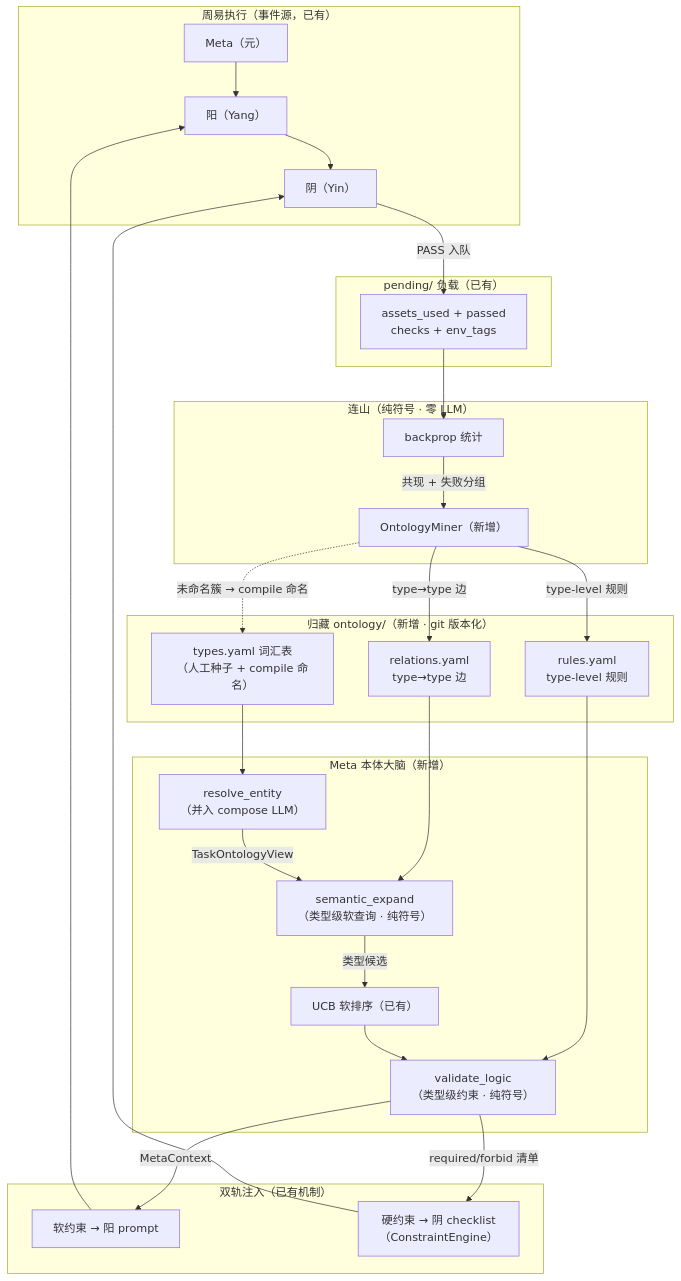
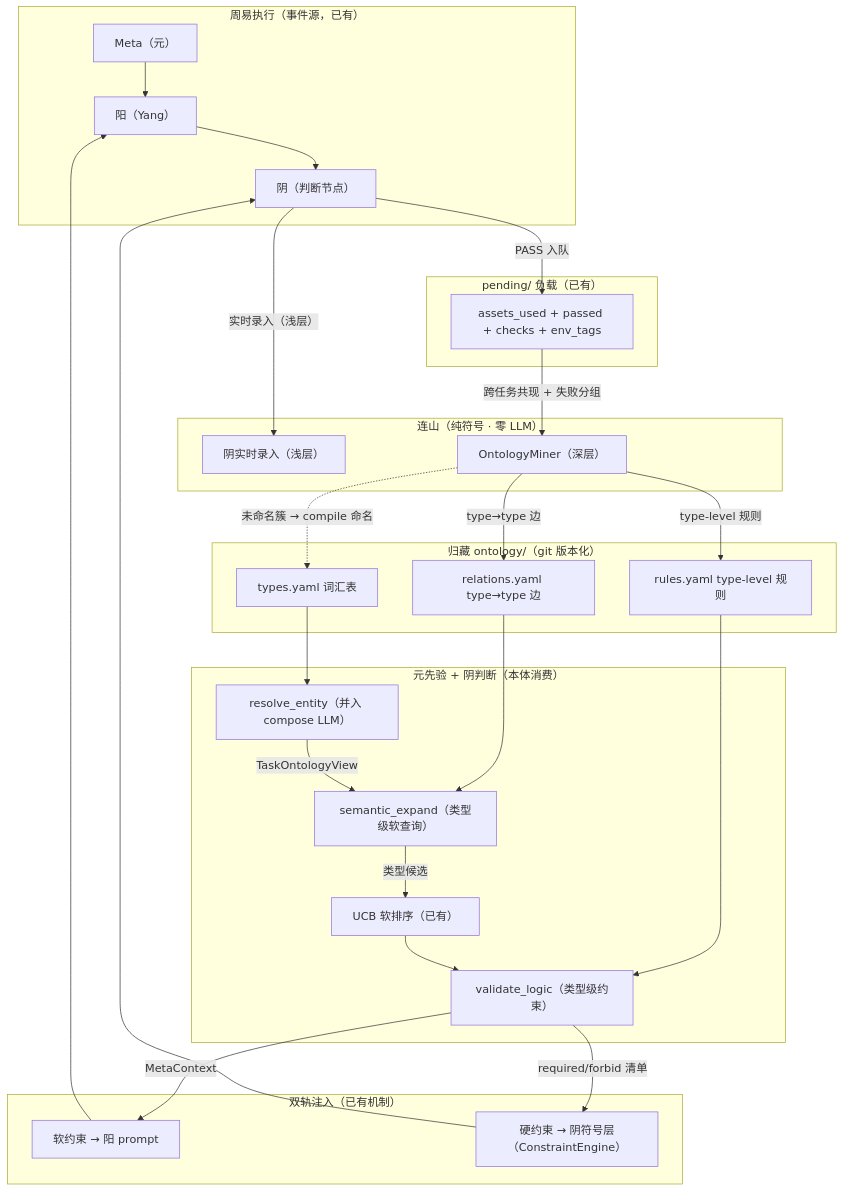
Diagram 15 of 18 in Blueprint.md (wenge6090-tech/taiji), drawn with Mermaid before and after one commit. The commit also changed other lines of this file and 62 other files, not shown here.

````diff
--- a/Blueprint.md
+++ b/Blueprint.md
@@ -1499,50 +795,44 @@
 ```mermaid
 flowchart TD
     subgraph ZHOUYI["周易执行（事件源，已有）"]
-        META["Meta（元）"] --> YANG["阳（Yang）"] --> YIN["阴（Yin）"]
+        META["Meta（元）"] --> YANG["阳（Yang）"] --> YIN["阴（判断节点）"]
     end
-
     subgraph PENDING["pending/ 负载（已有）"]
-        AU["assets_used + passed<br/>checks + env_tags"]
+        AU["assets_used + passed + checks + env_tags"]
     end
-
     subgraph LIANSHAN["连山（纯符号 · 零 LLM）"]
-        BP["backprop 统计"]
-        MINER["OntologyMiner（新增）"]
+        BP["阴实时录入（浅层）"]
+        MINER["OntologyMiner（深层）"]
     end
-
-    subgraph ONTOLOGY["归藏 ontology/（新增 · git 版本化）"]
-        TYPES["types.yaml 词汇表<br/>（人工种子 + compile 命名）"]
-        REL["relations.yaml<br/>type→type 边"]
-        RUL["rules.yaml<br/>type-level 规则"]
+    subgraph ONTOLOGY["归藏 ontology/（git 版本化）"]
+        TYPES["types.yaml 词汇表"]
+        REL["relations.yaml type→type 边"]
+        RUL["rules.yaml type-level 规则"]
     end
-
-    subgraph BRAIN["Meta 本体大脑（新增）"]
-        RES["resolve_entity<br/>（并入 compose LLM）"]
-        EXP["semantic_expand<br/>（类型级软查询 · 纯符号）"]
+    subgraph BRAIN["元先验 + 阴判断（本体消费）"]
+        RES["resolve_entity（并入 compose LLM）"]
+        EXP["semantic_expand（类型级软查询）"]
         UCB["UCB 软排序（已有）"]
-        VAL["validate_logic<br/>（类型级约束 · 纯符号）"]
+        VAL["validate_logic（类型级约束）"]
     end
-
     subgraph INJECT["双轨注入（已有机制）"]
         SOFT["软约束 → 阳 prompt"]
-        HARD["硬约束 → 阴 checklist<br/>（ConstraintEngine）"]
+        HARD["硬约束 → 阴符号层（ConstraintEngine）"]
     end
-
-    YIN -->|PASS 入队| AU
-    AU --> BP
-    BP -->|共现 + 失败分组| MINER
+    YIN -->|"实时录入（浅层）"| BP
+    YIN -->|"PASS 入队"| AU
+    AU -->|"跨任务共现 + 失败分组"| MINER
     MINER -->|type→type 边| REL
     MINER -->|type-level 规则| RUL
     MINER -.->|未命名簇 → compile 命名| TYPES
     TYPES --> RES
     REL --> EXP
     RUL --> VAL
     RES -->|TaskOntologyView| EXP
     EXP -->|类型候选| UCB
     UCB --> VAL
     VAL -->|MetaContext| SOFT
     VAL -->|required/forbid 清单| HARD
     SOFT --> YANG
     HARD --> YIN
 ```
````
